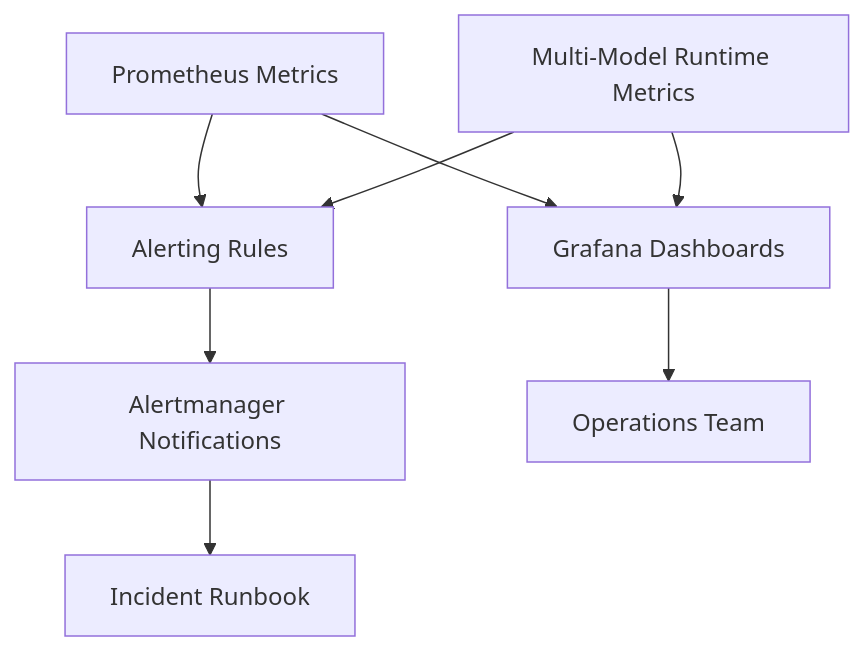
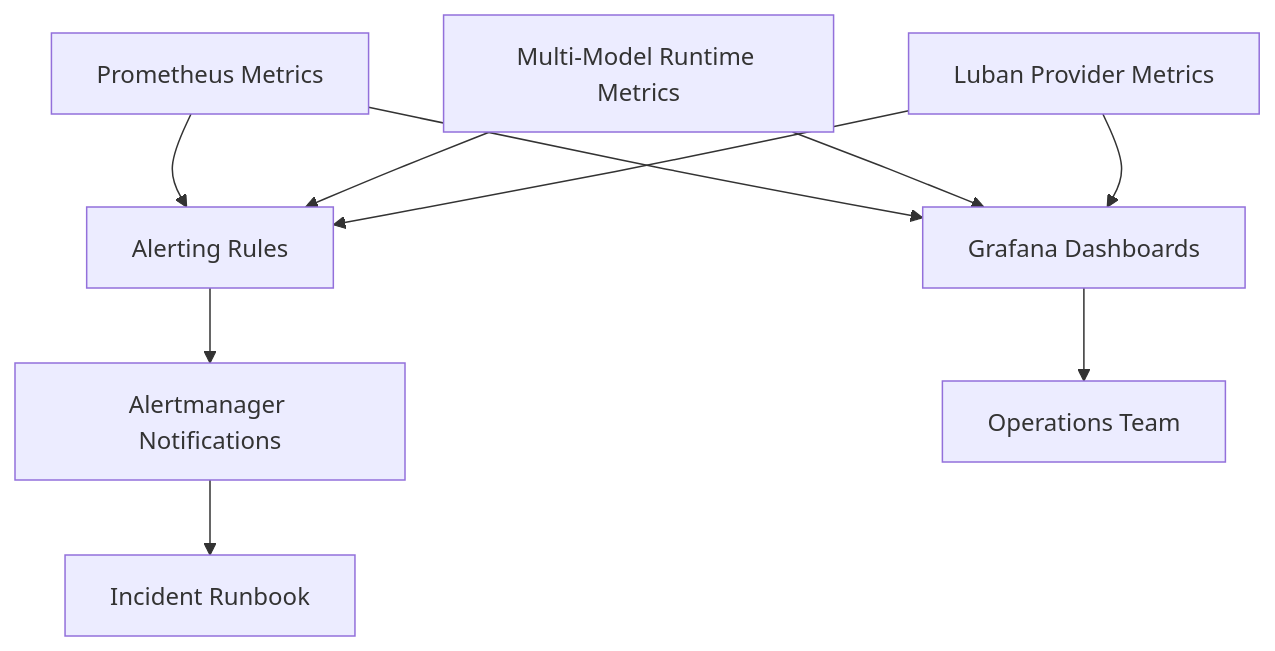
Before and after one commit to metasync/luban-aiops: the tenth of 12 diagrams in .qoder/repowiki/en/content/Monitoring and Observability/Monitoring and Observability.md, drawn with Mermaid. The commit also changed other lines of this file and 7 other files, not shown here.

````diff
--- a/.qoder/repowiki/en/content/Monitoring and Observability/Monitoring and Observability.md
+++ b/.qoder/repowiki/en/content/Monitoring and Observability/Monitoring and Observability.md
@@ -562,10 +595,12 @@
 ```mermaid
 graph TB
 Metrics["Prometheus Metrics"] --> Rules["Alerting Rules"]
 Rules --> Alerts["Alertmanager Notifications"]
 Alerts --> Runbook["Incident Runbook"]
 Metrics --> Dashboards["Grafana Dashboards"]
 Dashboards --> Ops["Operations Team"]
 NewMetrics["Multi-Model Runtime Metrics"] --> Rules
 NewMetrics --> Dashboards
+LubanMetrics["Luban Provider Metrics"] --> Rules
+LubanMetrics --> Dashboards
 ```
````
